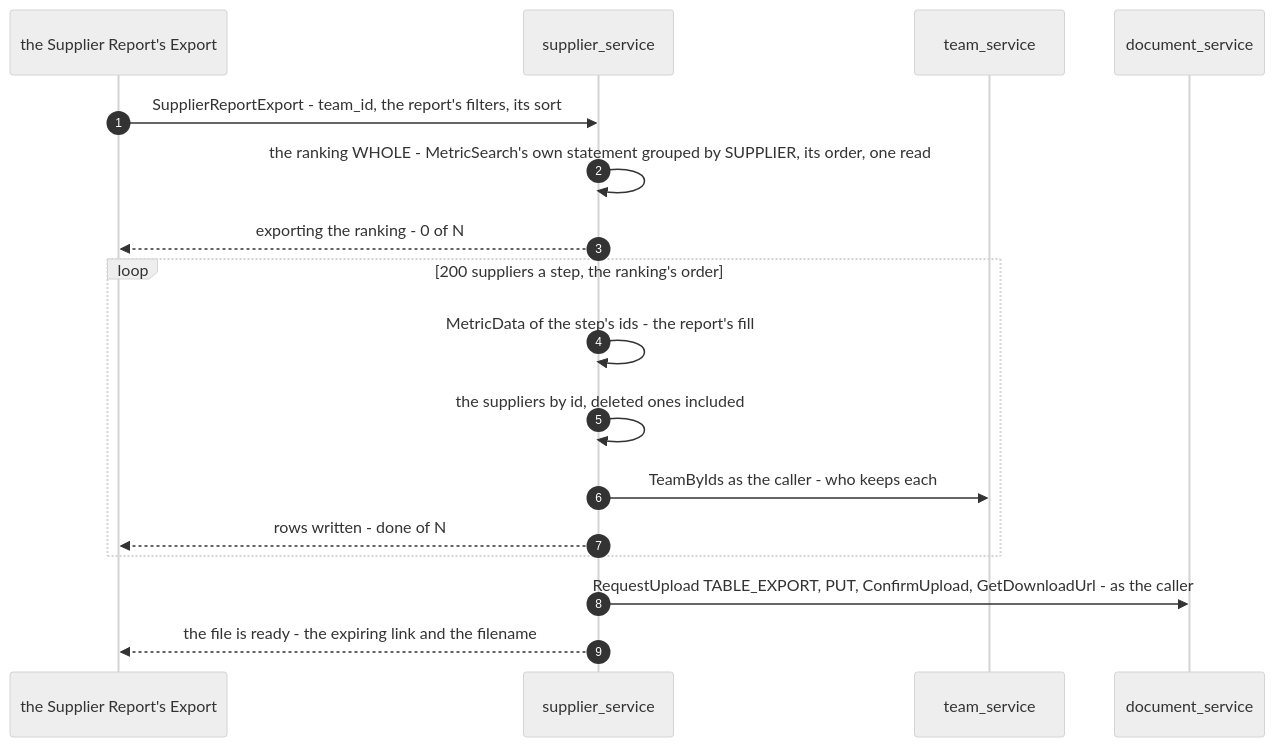
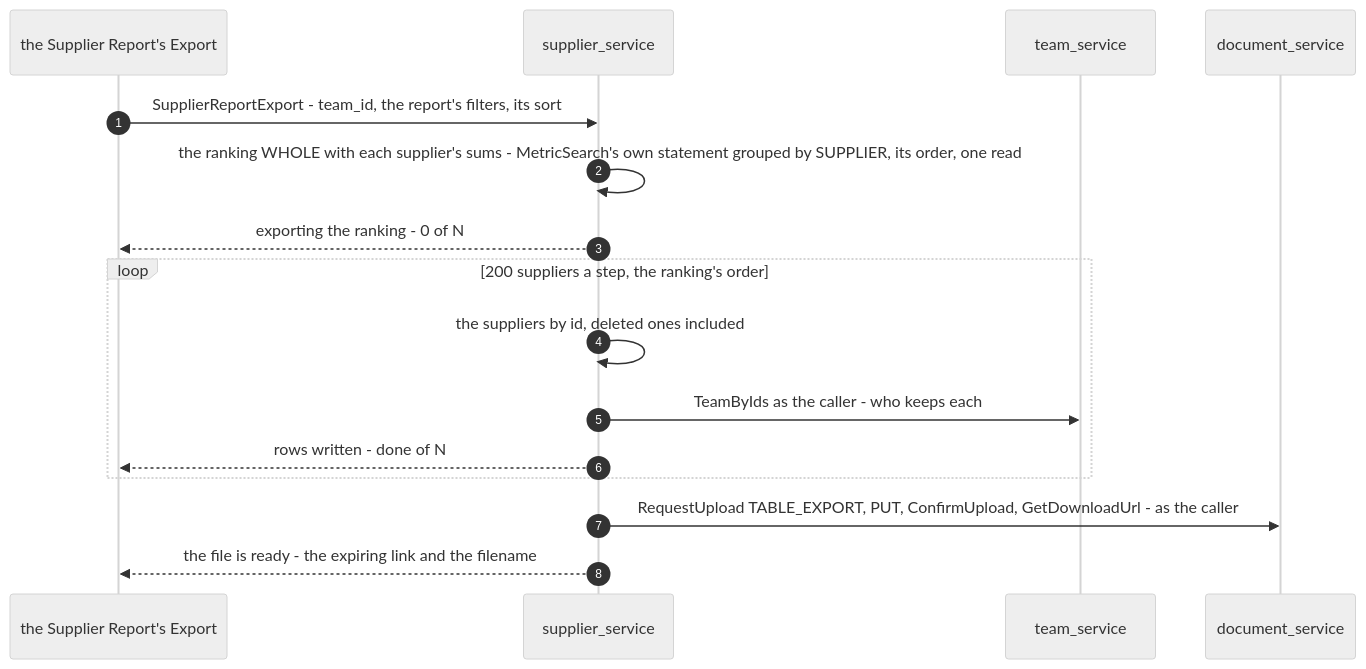
Diagram 13 of 14 in docs/services/supplier_service/rpc.md (pdcgo/warehouse_revamp), drawn with Mermaid (neutral theme) before and after one commit. The commit also changed other lines of this file and 8 other files, not shown here.

First line of the commit message:
users.spec reads only its own user (#53); the Supplier Report export reads the ranking query's own totals

````diff
--- a/docs/services/supplier_service/rpc.md
+++ b/docs/services/supplier_service/rpc.md
@@ -608,19 +608,18 @@
 ```mermaid
 sequenceDiagram
   autonumber
   participant C as the Supplier Report's Export
   participant S as supplier_service
   participant N as team_service
   participant D as document_service
   C->>S: SupplierReportExport - team_id, the report's filters, its sort
-  S->>S: the ranking WHOLE - MetricSearch's own statement grouped by SUPPLIER, its order, one read
+  S->>S: the ranking WHOLE with each supplier's sums - MetricSearch's own statement grouped by SUPPLIER, its order, one read
   S-->>C: exporting the ranking - 0 of N
   loop 200 suppliers a step, the ranking's order
-    S->>S: MetricData of the step's ids - the report's fill
     S->>S: the suppliers by id, deleted ones included
     S->>N: TeamByIds as the caller - who keeps each
     S-->>C: rows written - done of N
   end
   S->>D: RequestUpload TABLE_EXPORT, PUT, ConfirmUpload, GetDownloadUrl - as the caller
   S-->>C: the file is ready - the expiring link and the filename
 ```
````
